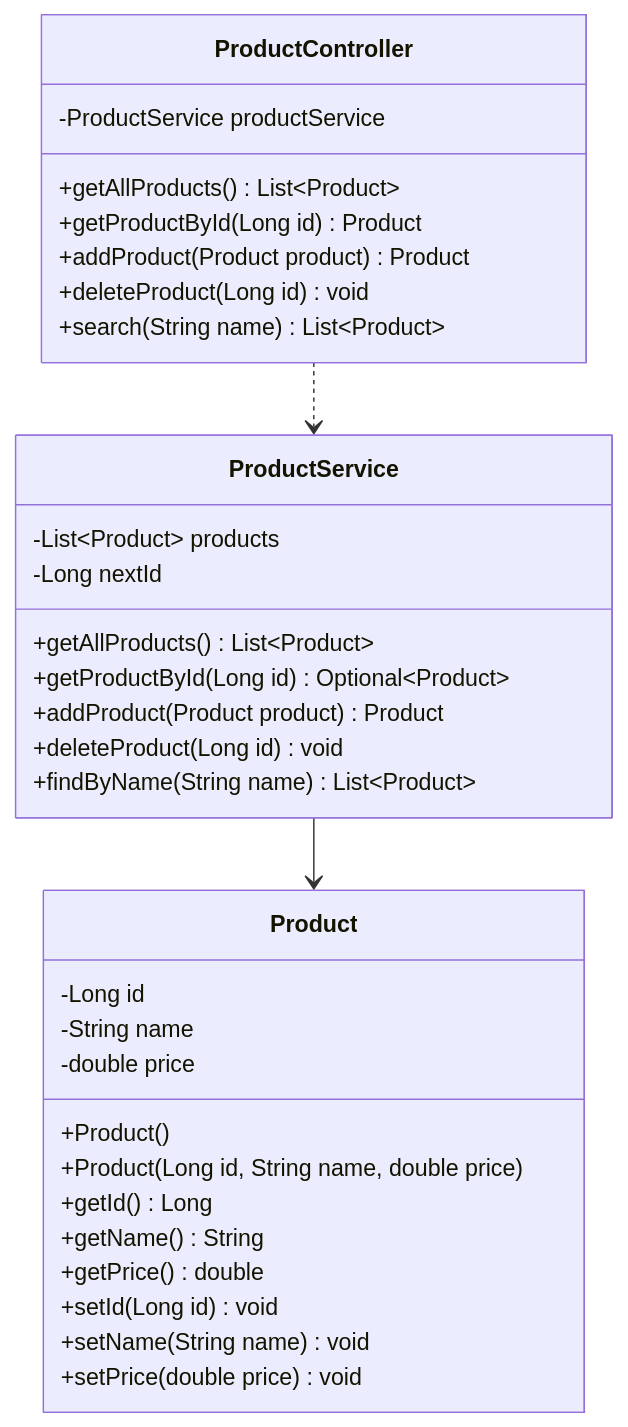
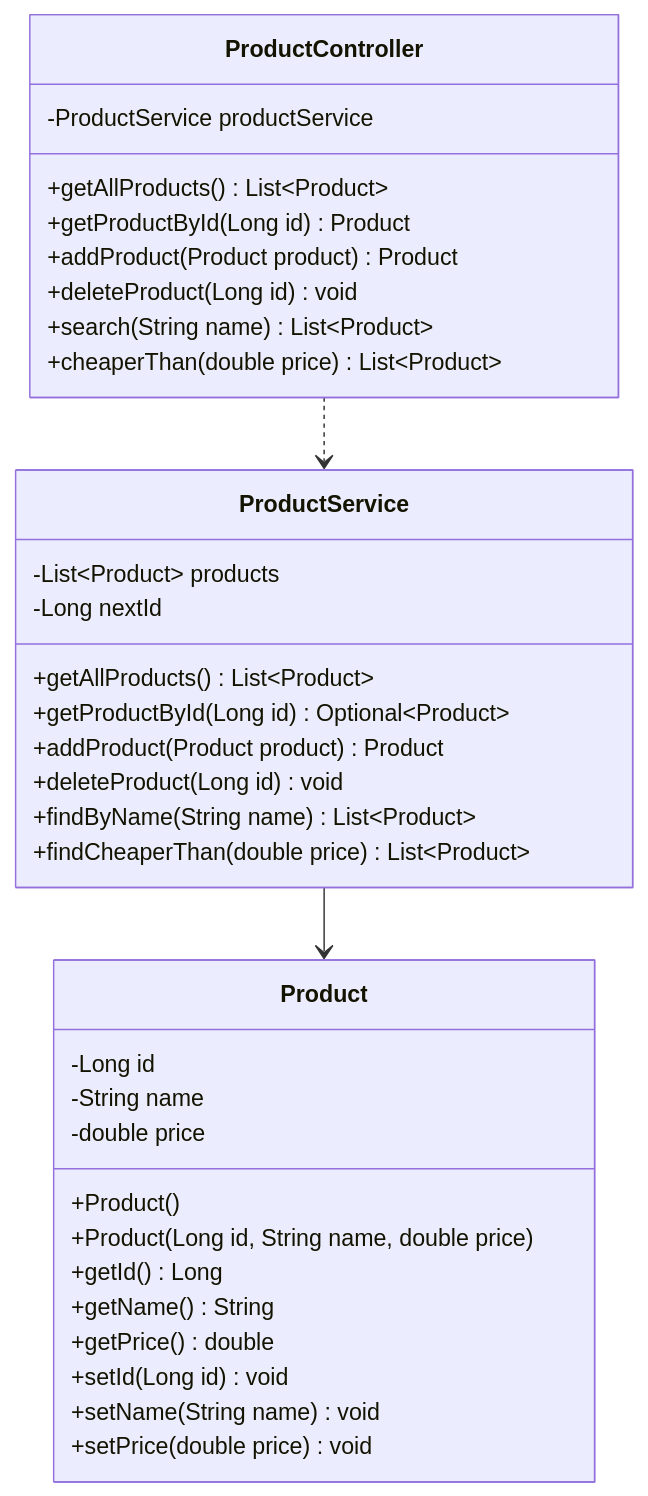
The diagram in docs/uml/Product.md (ASHENDRA2004/products-api), drawn with Mermaid before and after one commit. The commit also changed 4 other files, not shown here.

Commit message:
Tutorial 3: stretch task — cheaper-than endpoint with stream filter

````diff
--- a/docs/uml/Product.md
+++ b/docs/uml/Product.md
@@ -11,35 +11,37 @@
 ```mermaid
 classDiagram
     class Product {
         -Long id
         -String name
         -double price
         +Product()
         +Product(Long id, String name, double price)
         +getId() Long
         +getName() String
         +getPrice() double
         +setId(Long id) void
         +setName(String name) void
         +setPrice(double price) void
     }
     class ProductService {
         -List~Product~ products
         -Long nextId
         +getAllProducts() List~Product~
         +getProductById(Long id) Optional~Product~
         +addProduct(Product product) Product
         +deleteProduct(Long id) void
         +findByName(String name) List~Product~
+        +findCheaperThan(double price) List~Product~
     }
     class ProductController {
         -ProductService productService
         +getAllProducts() List~Product~
         +getProductById(Long id) Product
         +addProduct(Product product) Product
         +deleteProduct(Long id) void
         +search(String name) List~Product~
+        +cheaperThan(double price) List~Product~
     }
     ProductController ..> ProductService
     ProductService --> Product
 ```
````
